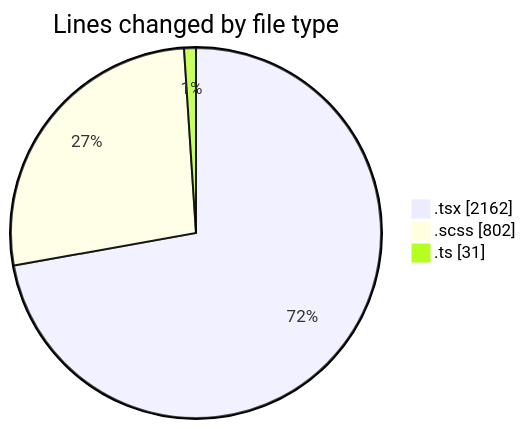
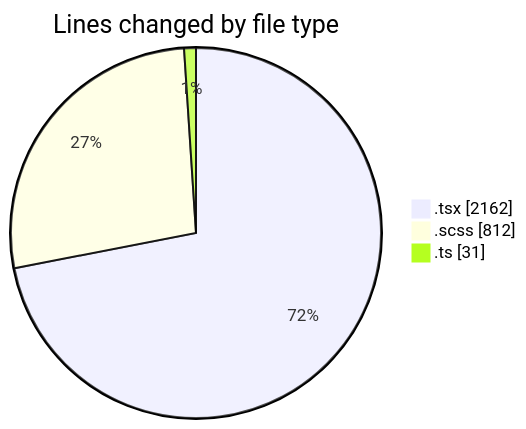
One commit to momahboobian/code-tracking changed the first of 2 diagrams in 2025-04-07/cda/README.md. Above: the diagram before and after it, drawn with Mermaid. The commit also changed other lines of this file and 1 other file, not shown here.

````diff
--- a/2025-04-07/cda/README.md
+++ b/2025-04-07/cda/README.md
@@ -32,7 +32,7 @@
 ```mermaid
 pie showData
 title Lines changed by file type
 ".tsx" : 2162
-".scss" : 802
+".scss" : 812
 ".ts" : 31
 ```
````
